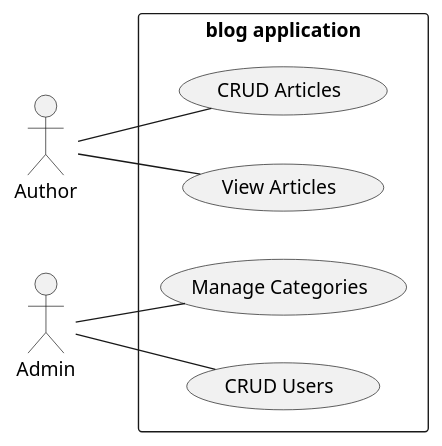
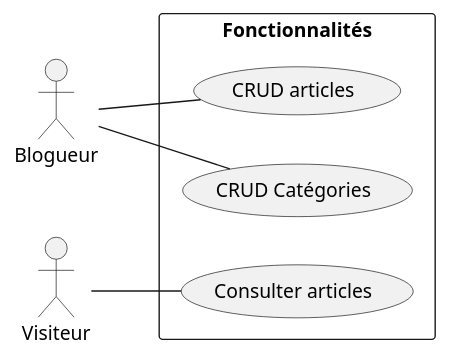
The diagram in Functional branch/use-case.puml (Tribak77/Mastering-Eloquent-ORM), drawn with PlantUML before and after one commit.

Commit message:
edit the use case

```diff
--- a/Functional branch/use-case.puml
+++ b/Functional branch/use-case.puml
@@ -1,22 +1,22 @@
 @startuml
 left to right direction
-actor "Author" as fc
-actor "Admin" as admin
+actor "Blogueur" as fc
 
-rectangle "blog application" {
-  usecase "CRUD Articles" as UC1
-  usecase "View Articles" as UC2
+actor "Visiteur" as visiteur
+rectangle "Fonctionnalités" {
+  usecase "CRUD articles" as UC1
+  usecase "CRUD Catégories" as UC2 
+  usecase "Consulter articles" as UC3
 
-  usecase "Manage Categories" as UC3
-  usecase "CRUD Users" as UC4
+
+  
 
 }
+fc -- UC1
+visiteur -- UC3
 
-fc -- UC1
 fc -- UC2
 
-admin -- UC3
-admin -- UC4
 
 
 @enduml
```
